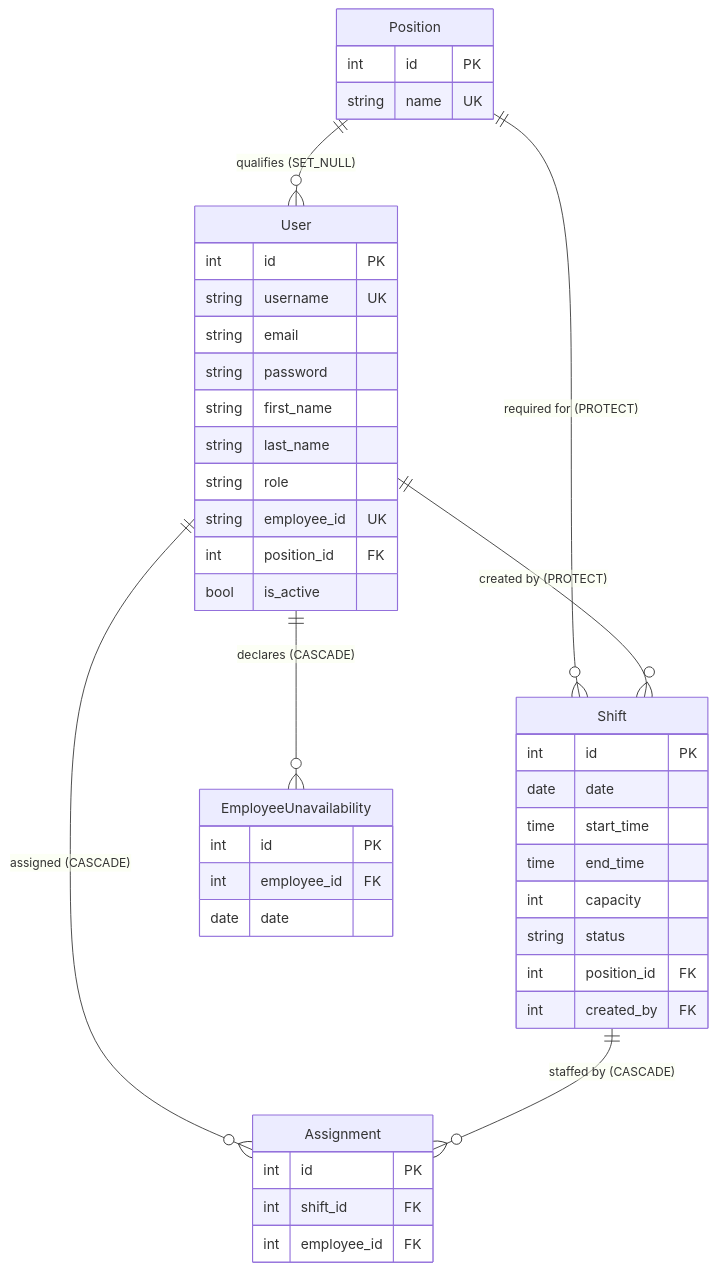
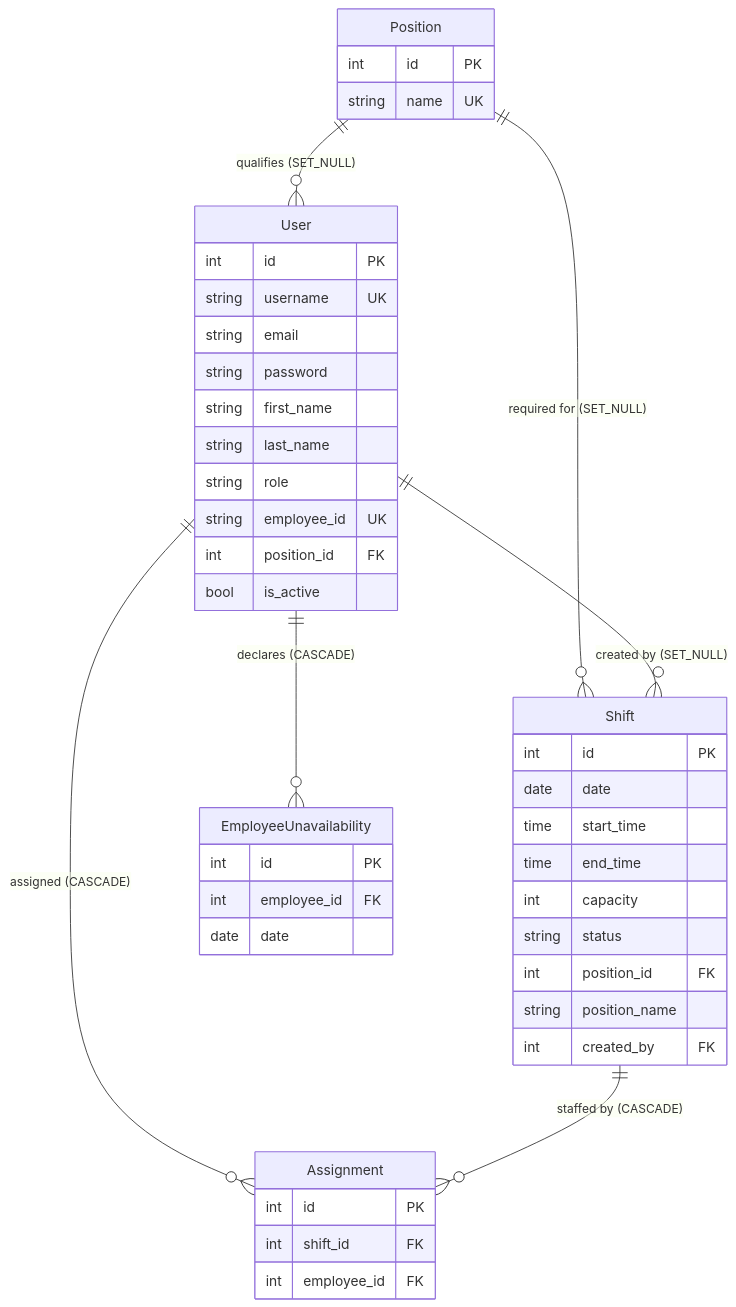
The diagram in README.md (DT-sudo/ft_transcendece), drawn with Mermaid before and after one commit. The commit also changed other lines of this file and 70 other files, not shown here.

````diff
--- a/README.md
+++ b/README.md
@@ -277,46 +277,47 @@
 ```mermaid
 erDiagram
     Position ||--o{ User : "qualifies (SET_NULL)"
-    Position ||--o{ Shift : "required for (PROTECT)"
-    User ||--o{ Shift : "created by (PROTECT)"
+    Position ||--o{ Shift : "required for (SET_NULL)"
+    User ||--o{ Shift : "created by (SET_NULL)"
     User ||--o{ Assignment : "assigned (CASCADE)"
     Shift ||--o{ Assignment : "staffed by (CASCADE)"
     User ||--o{ EmployeeUnavailability : "declares (CASCADE)"
 
     Position {
         int id PK
         string name UK
     }
     User {
         int id PK
         string username UK
         string email
         string password
         string first_name
         string last_name
         string role
         string employee_id UK
         int position_id FK
         bool is_active
     }
     Shift {
         int id PK
         date date
         time start_time
         time end_time
         int capacity
         string status
         int position_id FK
+        string position_name
         int created_by FK
     }
     Assignment {
         int id PK
         int shift_id FK
         int employee_id FK
     }
     EmployeeUnavailability {
         int id PK
         int employee_id FK
         date date
     }
 ```
````
